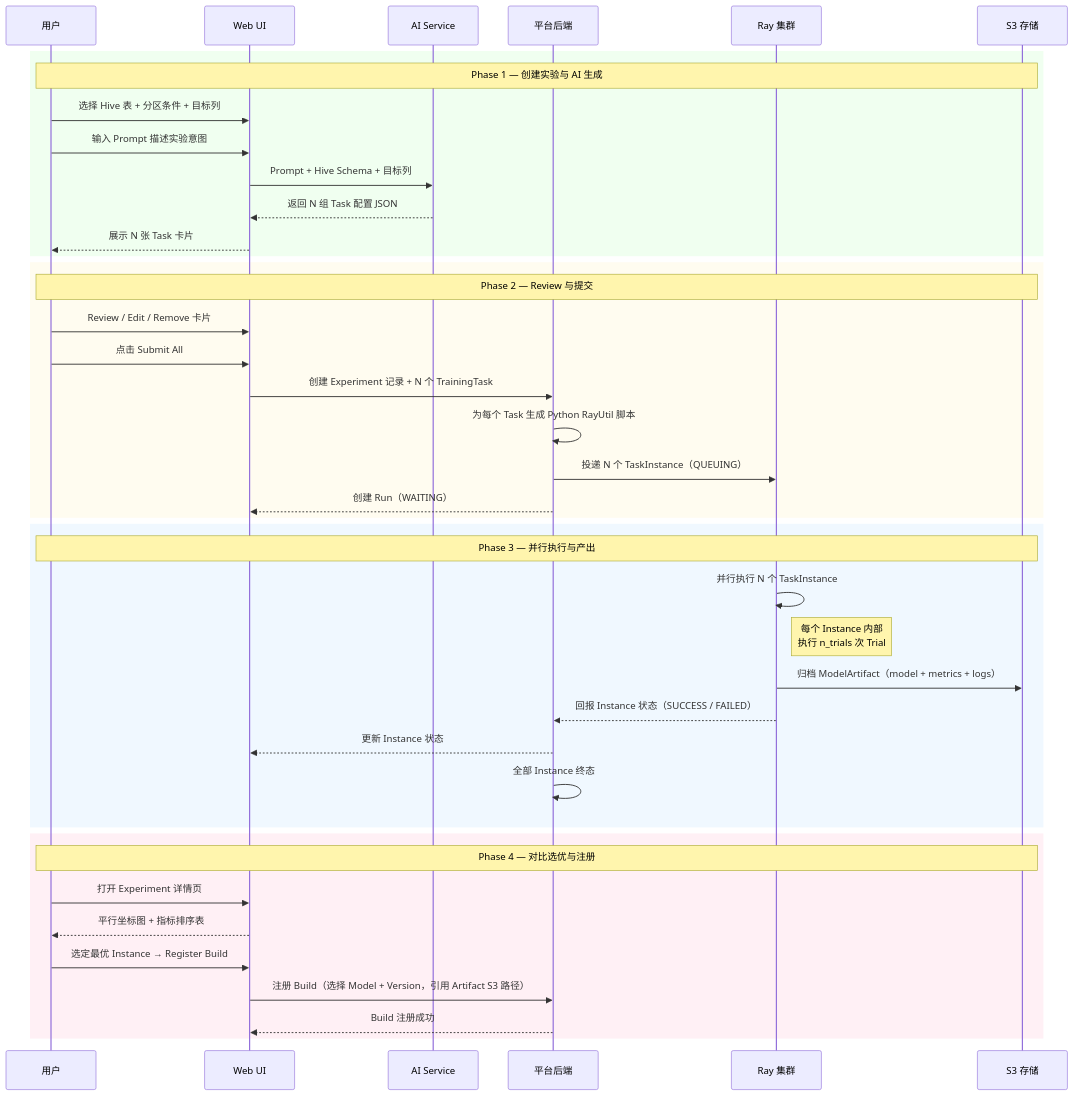
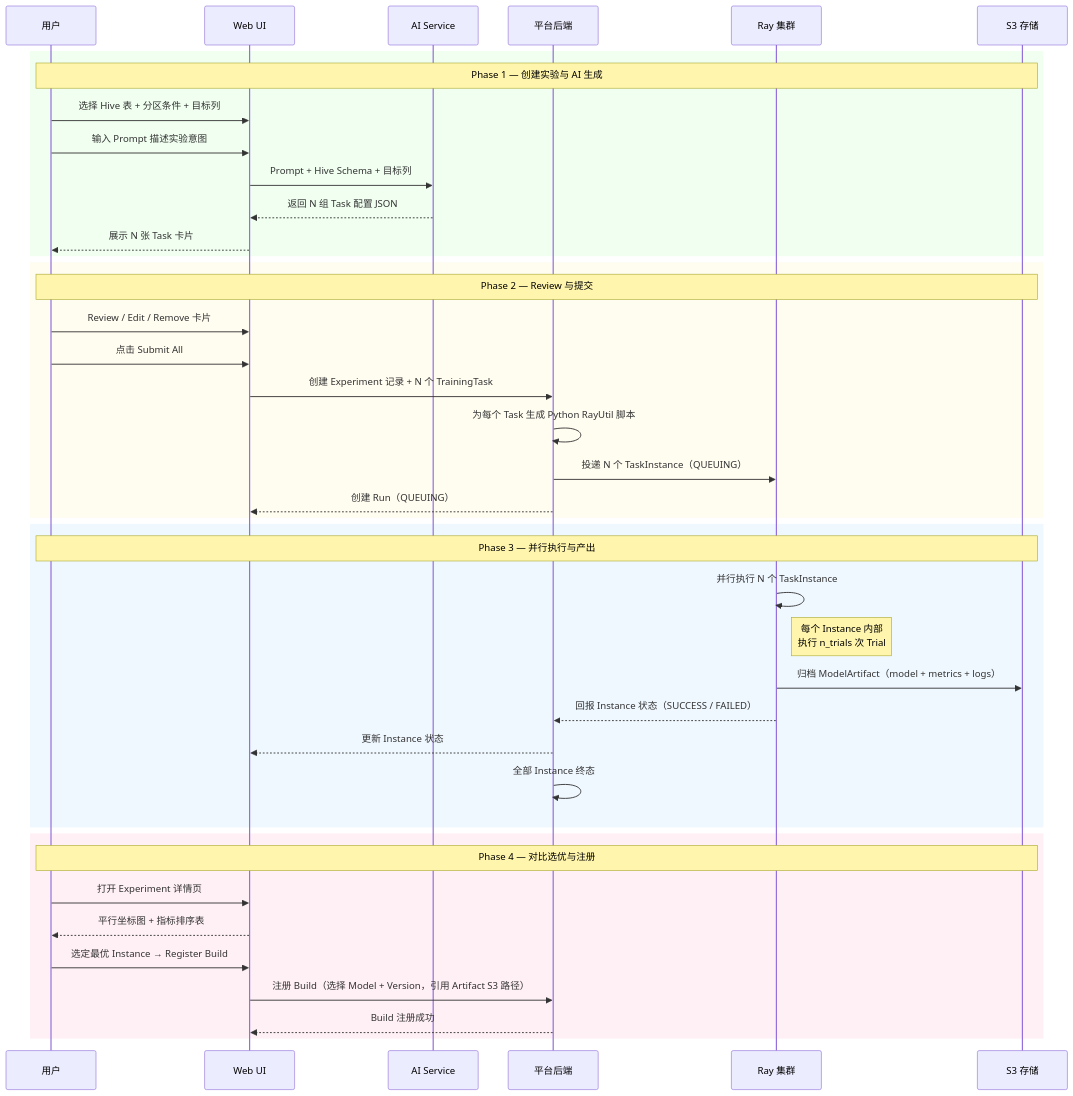
One commit to Cedric-Chan/ModelExperiment changed the third of 8 diagrams in docs/design/产品原型与PRD.md. Above: the diagram before and after it, drawn with Mermaid. The commit also changed other lines of this file and 6 other files, not shown here.

````diff
--- a/docs/design/产品原型与PRD.md
+++ b/docs/design/产品原型与PRD.md
@@ -242,47 +242,47 @@
 ```mermaid
 sequenceDiagram
     participant User as 用户
     participant Web as Web UI
     participant AI as AI Service
     participant BE as 平台后端
     participant Ray as Ray 集群
     participant S3 as S3 存储
 
     rect rgb(240, 255, 240)
     Note over User,S3: Phase 1 — 创建实验与 AI 生成
     User->>Web: 选择 Hive 表 + 分区条件 + 目标列
     User->>Web: 输入 Prompt 描述实验意图
     Web->>AI: Prompt + Hive Schema + 目标列
     AI-->>Web: 返回 N 组 Task 配置 JSON
     Web-->>User: 展示 N 张 Task 卡片
     end
 
     rect rgb(255, 252, 240)
     Note over User,S3: Phase 2 — Review 与提交
     User->>Web: Review / Edit / Remove 卡片
     User->>Web: 点击 Submit All
     Web->>BE: 创建 Experiment 记录 + N 个 TrainingTask
     BE->>BE: 为每个 Task 生成 Python RayUtil 脚本
     BE->>Ray: 投递 N 个 TaskInstance（QUEUING）
-    BE-->>Web: 创建 Run（WAITING）
+    BE-->>Web: 创建 Run（QUEUING）
     end
 
     rect rgb(240, 248, 255)
     Note over User,S3: Phase 3 — 并行执行与产出
     Ray->>Ray: 并行执行 N 个 TaskInstance
     Note right of Ray: 每个 Instance 内部<br/>执行 n_trials 次 Trial
     Ray->>S3: 归档 ModelArtifact（model + metrics + logs）
     Ray-->>BE: 回报 Instance 状态（SUCCESS / FAILED）
     BE-->>Web: 更新 Instance 状态
     BE->>BE: 全部 Instance 终态
     end
 
     rect rgb(255, 240, 245)
     Note over User,S3: Phase 4 — 对比选优与注册
     User->>Web: 打开 Experiment 详情页
     Web-->>User: 平行坐标图 + 指标排序表
     User->>Web: 选定最优 Instance → Register Build
     Web->>BE: 注册 Build（选择 Model + Version，引用 Artifact S3 路径）
     BE-->>Web: Build 注册成功
     end
 ```
````
